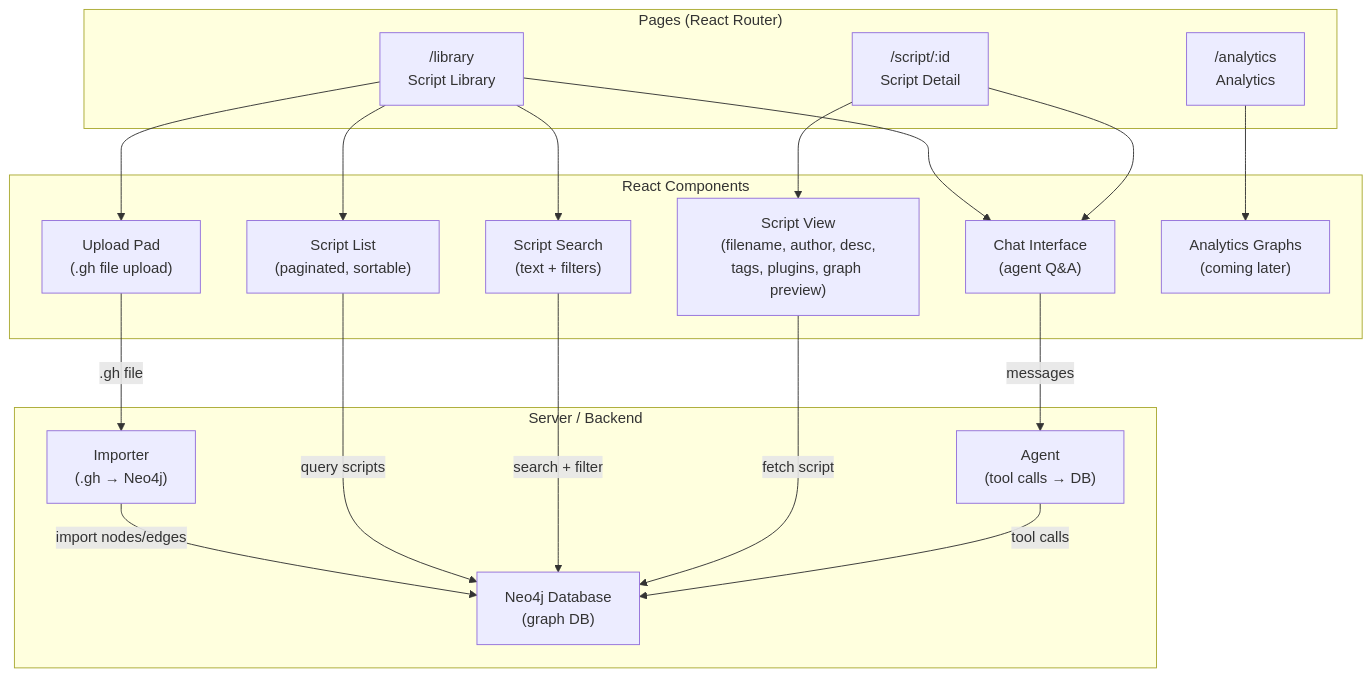
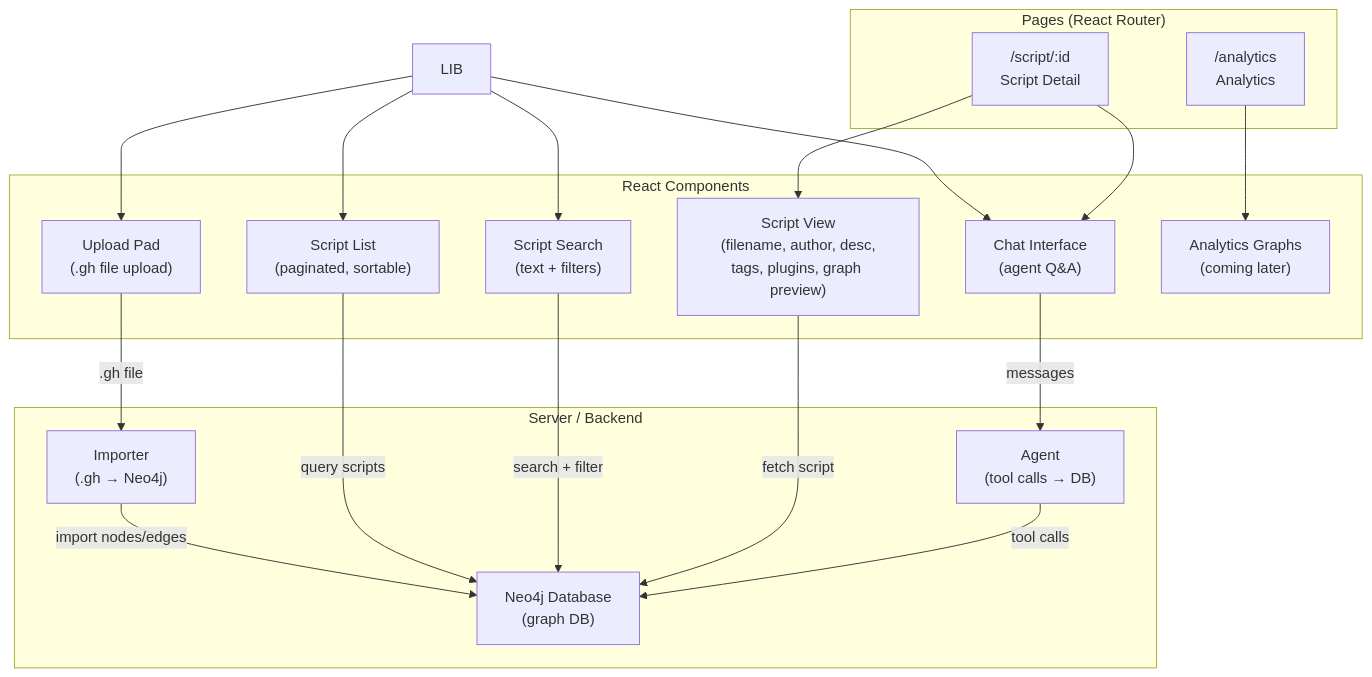
Before and after one commit to romtecmax/Spaghettarium: the diagram in architecture.md, drawn with Mermaid. The commit also changed 9 other files, not shown here.

````diff
--- a/architecture.md
+++ b/architecture.md
@@ -1,43 +1,42 @@
 ```mermaid
 graph TD
     subgraph Pages["Pages (React Router)"]
-        LIB["/library<br/>Script Library"]
         SCRIPT["/script/:id<br/>Script Detail"]
         ANALYTICS["/analytics<br/>Analytics"]
     end
 
-    subgraph UI["React Components"]
+    subgraph UokI["React Components"]
         SL["Script List<br/>(paginated, sortable)"]
         SS["Script Search<br/>(text + filters)"]
         UP["Upload Pad<br/>(.gh file upload)"]
         SV["Script View<br/>(filename, author, desc,<br/>tags, plugins, graph preview)"]
         CI["Chat Interface<br/>(agent Q&A)"]
         AG["Analytics Graphs<br/>(coming later)"]
     end
 
     subgraph Server["Server / Backend"]
         DB["Neo4j Database<br/>(graph DB)"]
         IMP["Importer<br/>(.gh → Neo4j)"]
         AGENT["Agent<br/>(tool calls → DB)"]
     end
 
     LIB --> SL
     LIB --> SS
     LIB --> UP
     LIB --> CI
 
     SCRIPT --> SV
     SCRIPT --> CI
 
     ANALYTICS --> AG
 
     UP -->|".gh file"| IMP
     IMP -->|"import nodes/edges"| DB
 
     SL -->|"query scripts"| DB
     SS -->|"search + filter"| DB
     SV -->|"fetch script"| DB
 
     AGENT -->|"tool calls"| DB
     CI -->|"messages"| AGENT
 ```
````
